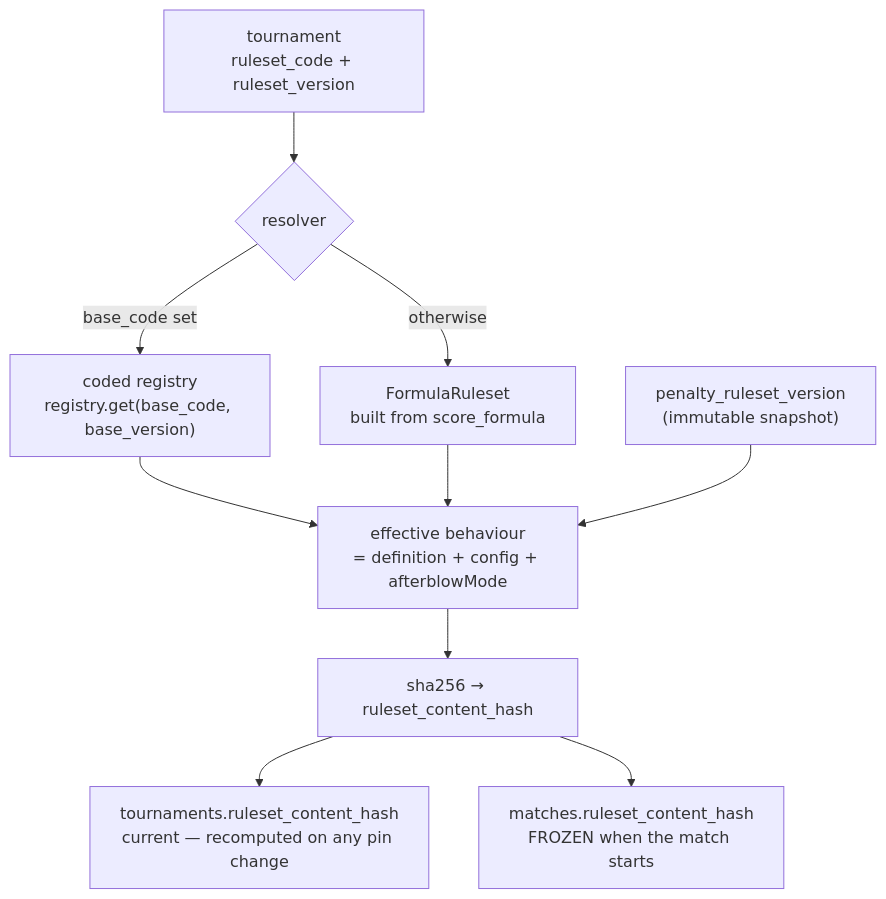
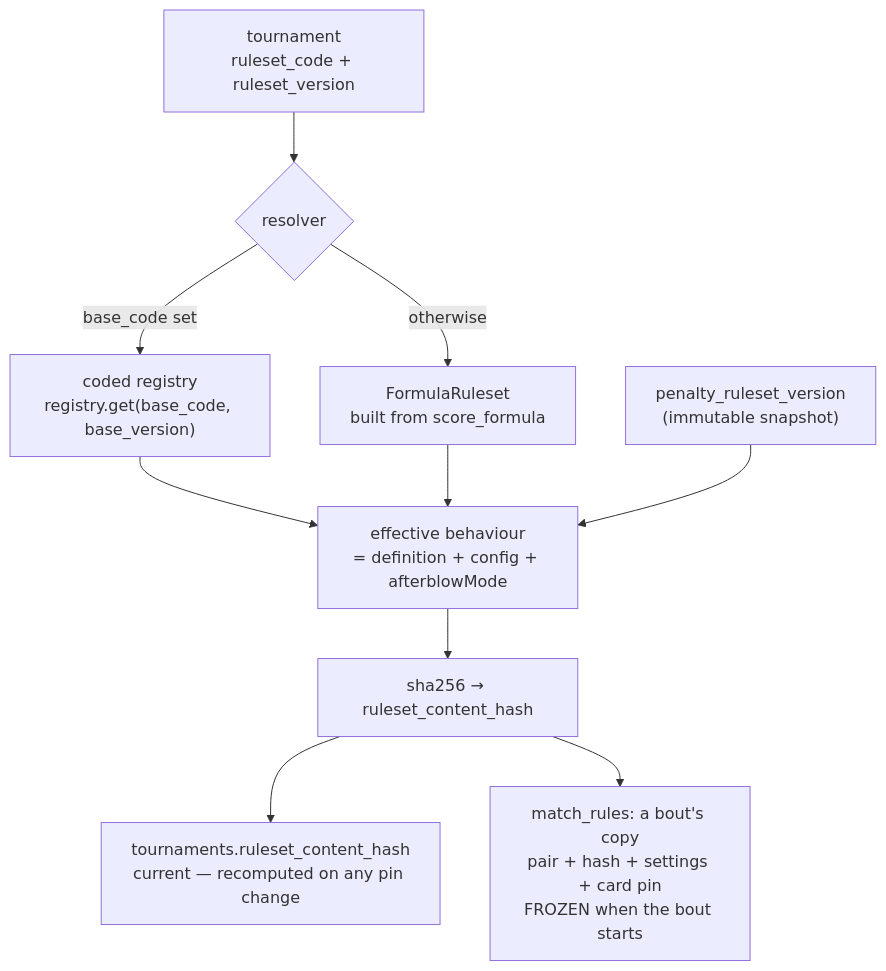
The seventh of 15 diagrams in docs/ARCHITECTURE.md (GrosTony6970/MyClash), drawn with Mermaid before and after one commit. The commit also changed other lines of this file and 96 other files, not shown here.

````diff
--- a/docs/ARCHITECTURE.md
+++ b/docs/ARCHITECTURE.md
@@ -832,12 +832,12 @@
 ```mermaid
 flowchart TD
   T["tournament<br/>ruleset_code + ruleset_version"] --> R{"resolver"}
   R -->|"base_code set"| REG["coded registry<br/>registry.get(base_code, base_version)"]
   R -->|"otherwise"| FR["FormulaRuleset<br/>built from score_formula"]
   REG --> EFF["effective behaviour<br/>= definition + config + afterblowMode"]
   FR --> EFF
   P["penalty_ruleset_version<br/>(immutable snapshot)"] --> EFF
   EFF --> H["sha256 → ruleset_content_hash"]
   H --> TH["tournaments.ruleset_content_hash<br/>current — recomputed on any pin change"]
-  H --> MH["matches.ruleset_content_hash<br/>FROZEN when the match starts"]
+  H --> MH["match_rules: a bout's copy<br/>pair + hash + settings + card pin<br/>FROZEN when the bout starts"]
 ```
````
